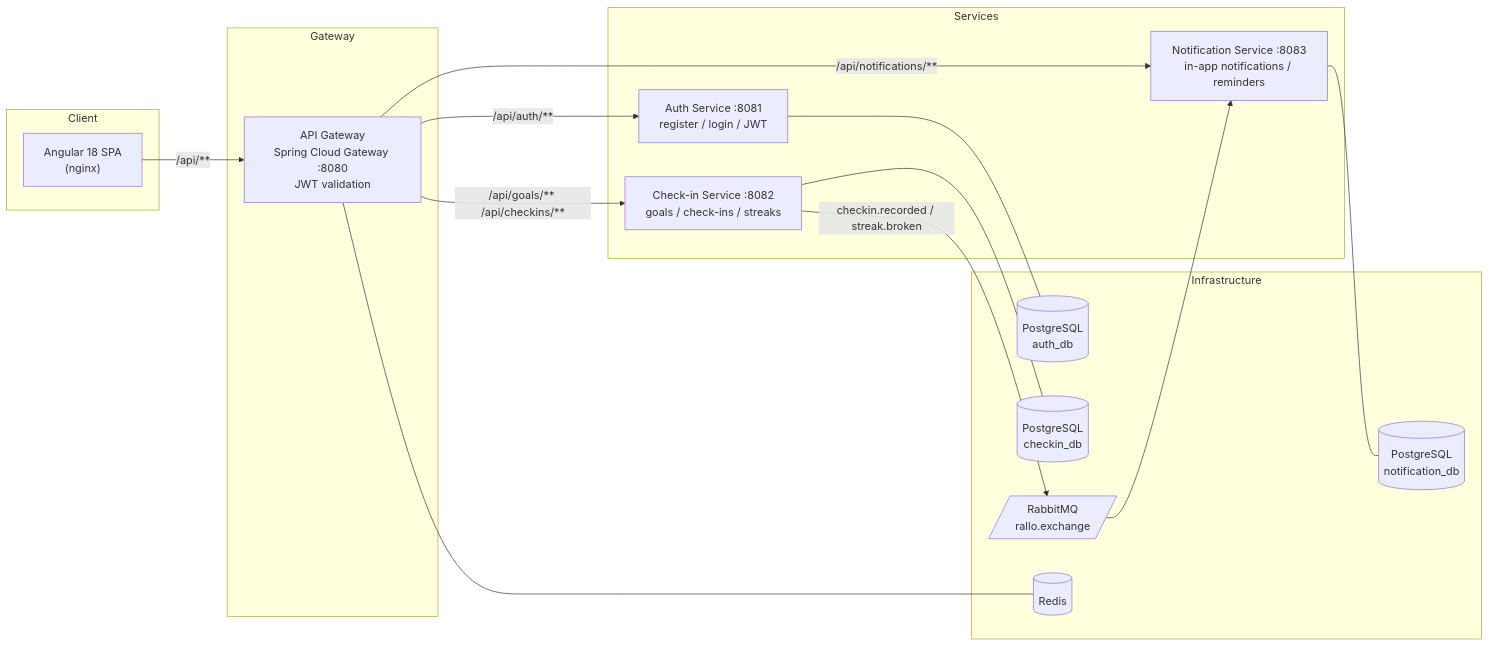
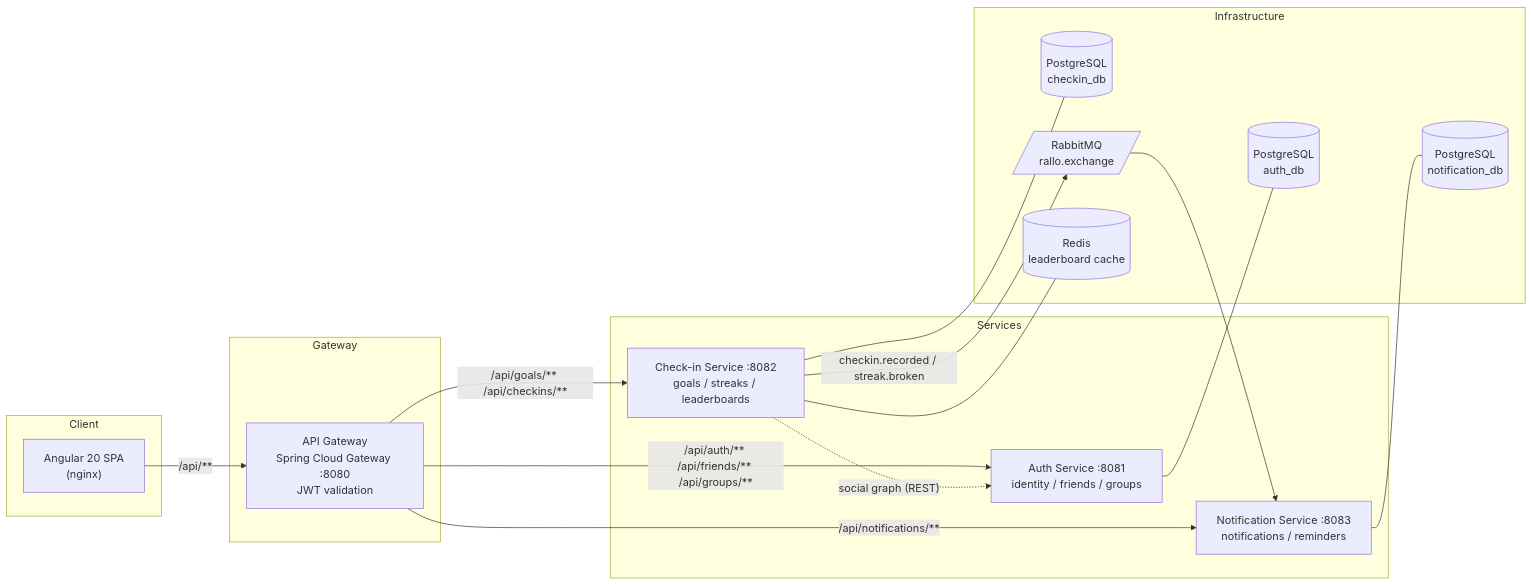
One commit to Jainoir/Rallo changed the diagram in README.md. Above: the diagram before and after it, drawn with Mermaid. The commit also changed other lines of this file, not shown here.

````diff
--- a/README.md
+++ b/README.md
@@ -17,35 +25,36 @@
 ```mermaid
 flowchart LR
     subgraph Client
-        FE["Angular 18 SPA<br/>(nginx)"]
+        FE["Angular 20 SPA<br/>(nginx)"]
     end
 
     subgraph Gateway
         GW["API Gateway<br/>Spring Cloud Gateway :8080<br/>JWT validation"]
     end
 
     subgraph Services
-        AUTH["Auth Service :8081<br/>register / login / JWT"]
-        CHECK["Check-in Service :8082<br/>goals / check-ins / streaks"]
-        NOTIF["Notification Service :8083<br/>in-app notifications / reminders"]
+        AUTH["Auth Service :8081<br/>identity / friends / groups"]
+        CHECK["Check-in Service :8082<br/>goals / streaks / leaderboards"]
+        NOTIF["Notification Service :8083<br/>notifications / reminders"]
     end
 
     subgraph Infrastructure
         ADB[("PostgreSQL<br/>auth_db")]
         CDB[("PostgreSQL<br/>checkin_db")]
         NDB[("PostgreSQL<br/>notification_db")]
         MQ[/"RabbitMQ<br/>rallo.exchange"/]
-        REDIS[("Redis")]
+        REDIS[("Redis<br/>leaderboard cache")]
     end
 
     FE -->|"/api/**"| GW
-    GW -->|"/api/auth/**"| AUTH
+    GW -->|"/api/auth/** /api/friends/** /api/groups/**"| AUTH
     GW -->|"/api/goals/** /api/checkins/**"| CHECK
     GW -->|"/api/notifications/**"| NOTIF
     AUTH --- ADB
     CHECK --- CDB
     NOTIF --- NDB
     CHECK -->|"checkin.recorded / streak.broken"| MQ
     MQ --> NOTIF
-    GW --- REDIS
+    CHECK --- REDIS
+    CHECK -.->|"social graph (REST)"| AUTH
 ```
````
